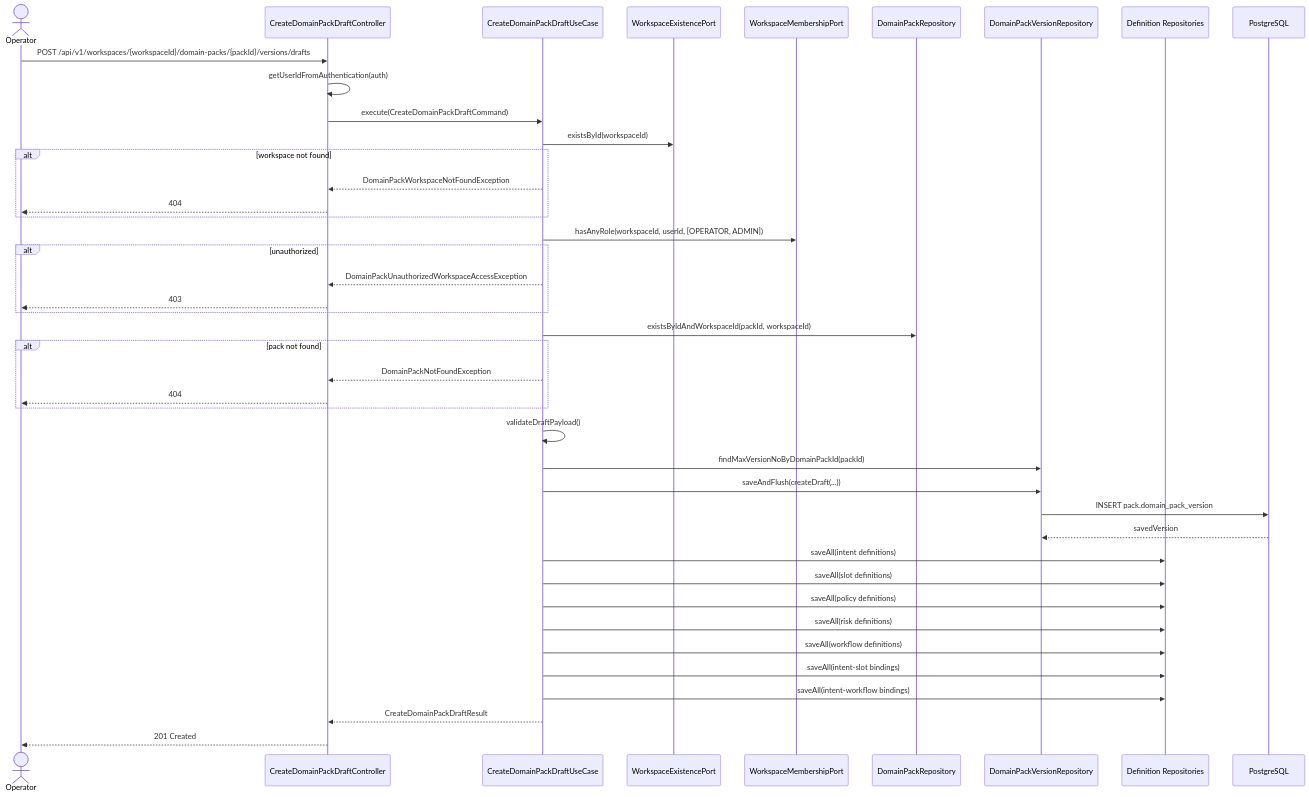
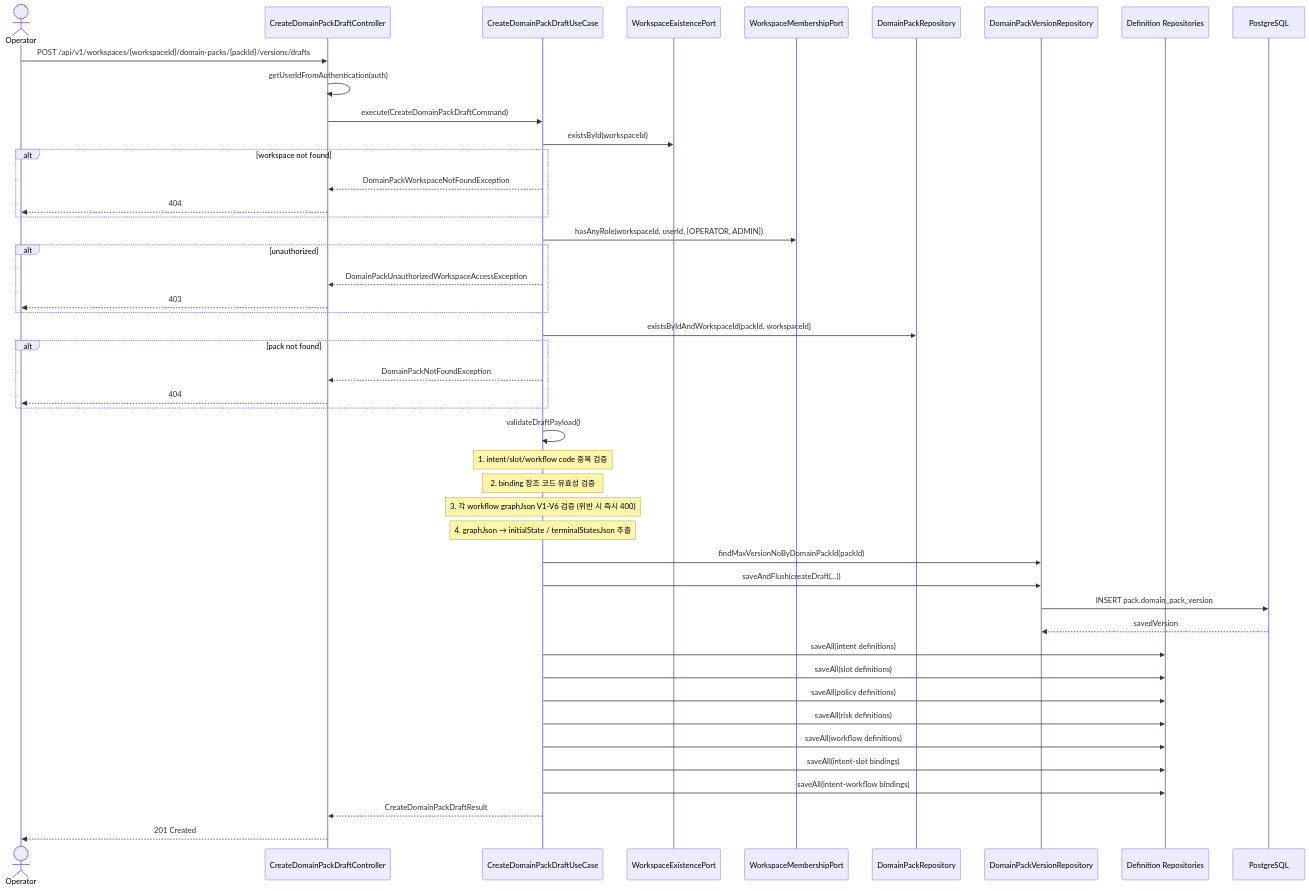
One commit to ajou-2026-1-capstone-5/ostone changed the first of 2 diagrams in .agent/specs/231.md. Above: the diagram before and after it, drawn with Mermaid. The commit also changed other lines of this file and 10 other files, not shown here.

First line of the commit message:
fix(domain-pack): add graphJson V1-V6 validation and auto-extract workflow state fields

````diff
--- a/.agent/specs/231.md
+++ b/.agent/specs/231.md
@@ -22,51 +22,55 @@
 ```mermaid
 sequenceDiagram
     actor op as Operator
     participant ctrl as CreateDomainPackDraftController
     participant uc as CreateDomainPackDraftUseCase
     participant wsPort as WorkspaceExistencePort
     participant memberPort as WorkspaceMembershipPort
     participant packRepo as DomainPackRepository
     participant versionRepo as DomainPackVersionRepository
     participant repo as Definition Repositories
     participant db as PostgreSQL
 
     op ->> ctrl: POST /api/v1/workspaces/{workspaceId}/domain-packs/{packId}/versions/drafts
     ctrl ->> ctrl: getUserIdFromAuthentication(auth)
     ctrl ->> uc: execute(CreateDomainPackDraftCommand)
 
     uc ->> wsPort: existsById(workspaceId)
     alt workspace not found
         uc -->> ctrl: DomainPackWorkspaceNotFoundException
         ctrl -->> op: 404
     end
 
     uc ->> memberPort: hasAnyRole(workspaceId, userId, [OPERATOR, ADMIN])
     alt unauthorized
         uc -->> ctrl: DomainPackUnauthorizedWorkspaceAccessException
         ctrl -->> op: 403
     end
 
     uc ->> packRepo: existsByIdAndWorkspaceId(packId, workspaceId)
     alt pack not found
         uc -->> ctrl: DomainPackNotFoundException
         ctrl -->> op: 404
     end
 
     uc ->> uc: validateDraftPayload()
+    Note over uc: 1. intent/slot/workflow code 중복 검증
+    Note over uc: 2. binding 참조 코드 유효성 검증
+    Note over uc: 3. 각 workflow graphJson V1-V6 검증 (위반 시 즉시 400)
+    Note over uc: 4. graphJson → initialState / terminalStatesJson 추출
     uc ->> versionRepo: findMaxVersionNoByDomainPackId(packId)
     uc ->> versionRepo: saveAndFlush(createDraft(...))
     versionRepo ->> db: INSERT pack.domain_pack_version
     db -->> versionRepo: savedVersion
 
     uc ->> repo: saveAll(intent definitions)
     uc ->> repo: saveAll(slot definitions)
     uc ->> repo: saveAll(policy definitions)
     uc ->> repo: saveAll(risk definitions)
     uc ->> repo: saveAll(workflow definitions)
     uc ->> repo: saveAll(intent-slot bindings)
     uc ->> repo: saveAll(intent-workflow bindings)
 
     uc -->> ctrl: CreateDomainPackDraftResult
     ctrl -->> op: 201 Created
 ```
````
